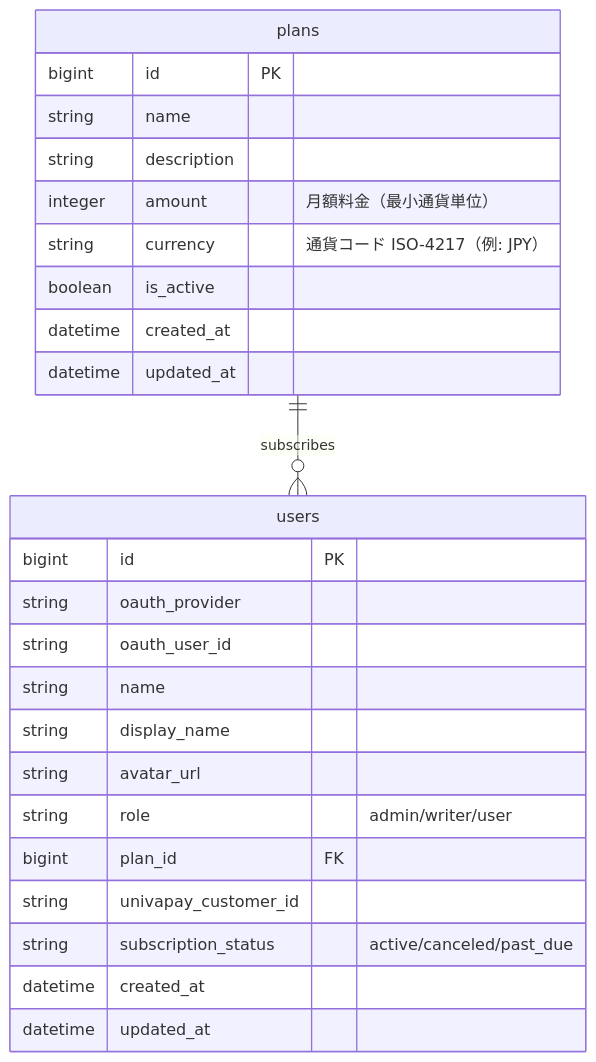
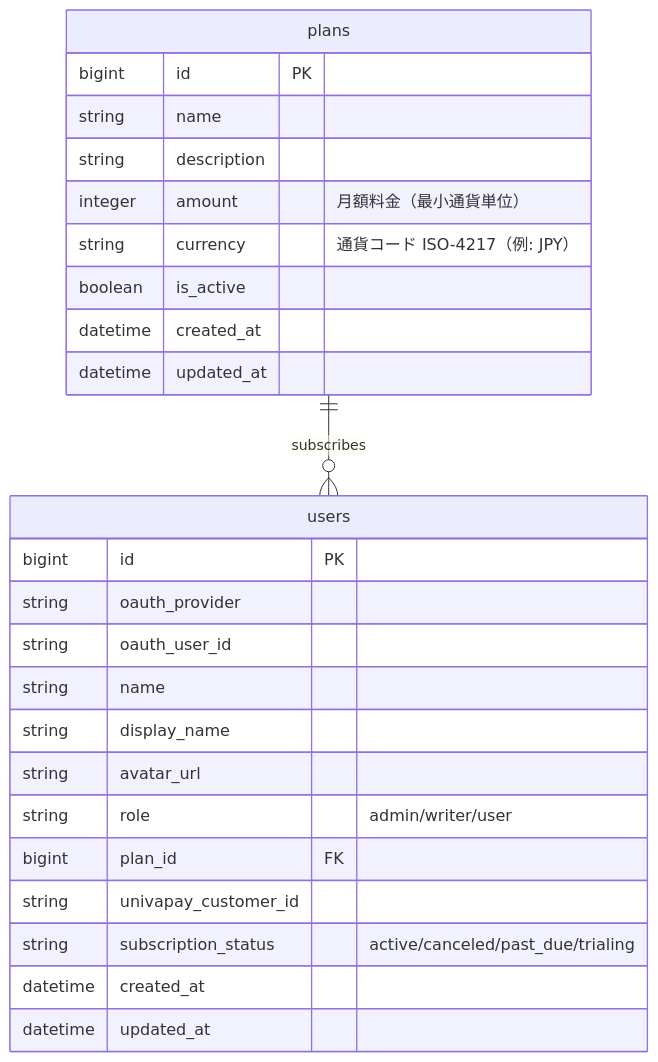
Before and after one commit to RRRRRRR-777/SikouLab: the first of 3 diagrams in docs/functions/subscription/checkout.md, drawn with Mermaid. The commit also changed other lines of this file and 6 other files, not shown here.

````diff
--- a/docs/functions/subscription/checkout.md
+++ b/docs/functions/subscription/checkout.md
@@ -71,32 +71,32 @@
 ```mermaid
 erDiagram
     %% 正: docs/versions/1_0_0/data-model.md
 
     users {
         bigint id PK
         string oauth_provider
         string oauth_user_id
         string name
         string display_name
         string avatar_url
         string role "admin/writer/user"
         bigint plan_id FK
         string univapay_customer_id
-        string subscription_status "active/canceled/past_due"
+        string subscription_status "active/canceled/past_due/trialing"
         datetime created_at
         datetime updated_at
     }
 
     plans {
         bigint id PK
         string name
         string description
         integer amount "月額料金（最小通貨単位）"
         string currency "通貨コード ISO-4217（例: JPY）"
         boolean is_active
         datetime created_at
         datetime updated_at
     }
 
     plans ||--o{ users : "subscribes"
 ```
````
